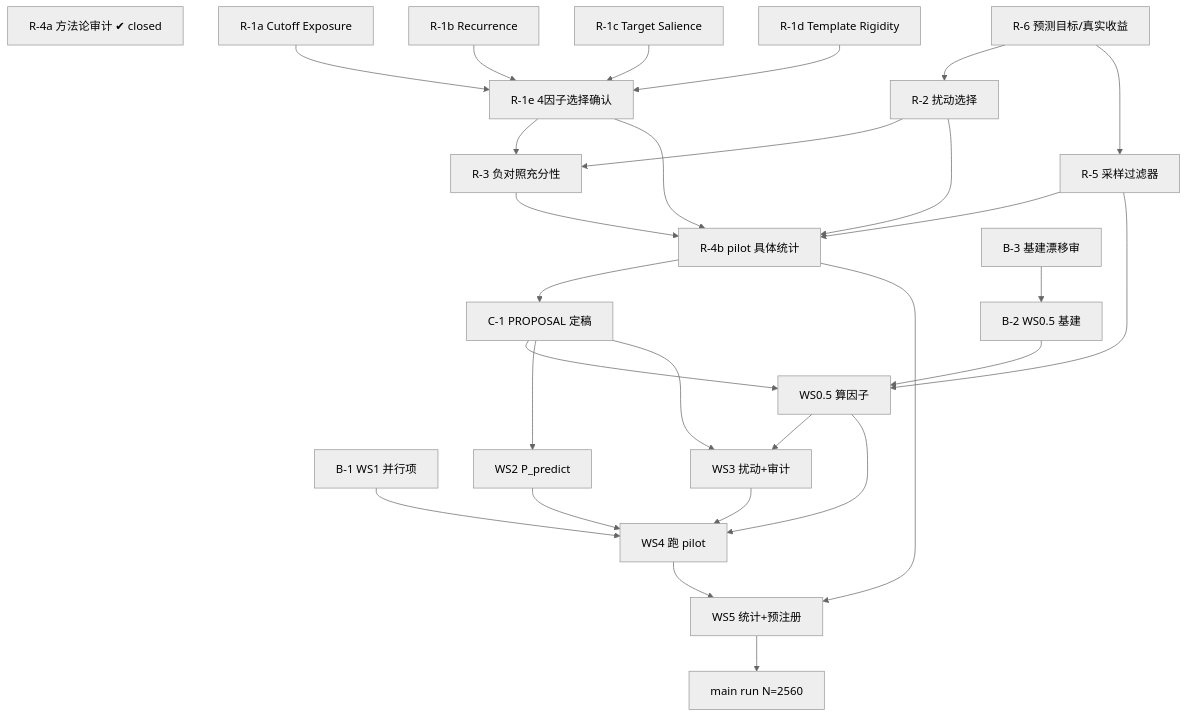
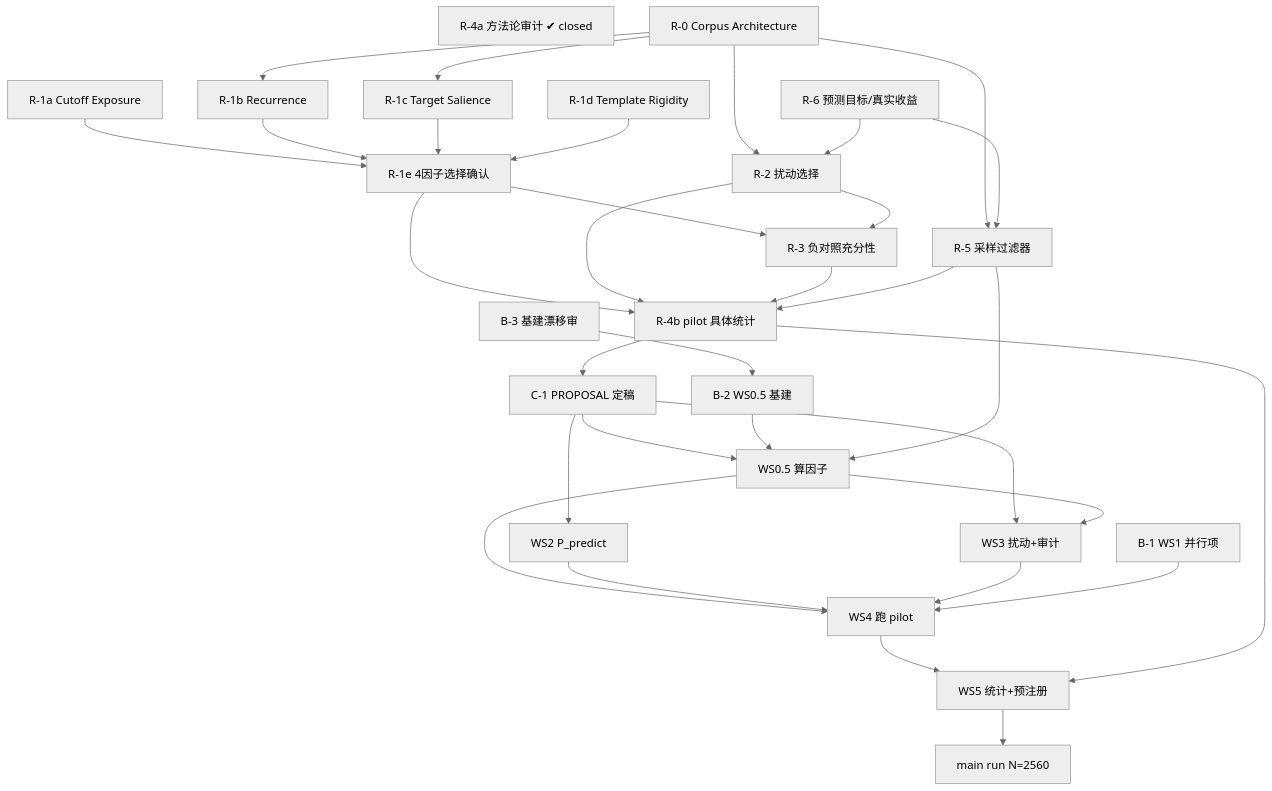
The diagram in plans/worktable.md (HDLiter/LLM-Leakage-Test), drawn with Mermaid (neutral theme) before and after one commit. The commit also changed other lines of this file and 2 other files, not shown here.

Commit message:
Add R-0 Corpus Architecture upstream of R-1b/c/R-5/R-2; deliver Codex Pass A whiteboard

````diff
--- a/plans/worktable.md
+++ b/plans/worktable.md
@@ -164,52 +165,57 @@
 ```mermaid
 flowchart TD
     R4a["R-4a 方法论审计 ✔ closed"]
+    R0["R-0 Corpus Architecture"]
     R6["R-6 预测目标/真实收益"]
     R1a["R-1a Cutoff Exposure"]
     R1b["R-1b Recurrence"]
     R1c["R-1c Target Salience"]
     R1d["R-1d Template Rigidity"]
     R1e["R-1e 4因子选择确认"]
     R2["R-2 扰动选择"]
     R5["R-5 采样过滤器"]
     R3["R-3 负对照充分性"]
     R4b["R-4b pilot 具体统计"]
     B3["B-3 基建漂移审"]
     B2["B-2 WS0.5 基建"]
     B1["B-1 WS1 并行项"]
     C1["C-1 PROPOSAL 定稿"]
     WS05["WS0.5 算因子"]
     WS2["WS2 P_predict"]
     WS3["WS3 扰动+审计"]
     WS4["WS4 跑 pilot"]
     WS5["WS5 统计+预注册"]
     MAIN["main run N=2560"]
 
+    R0 --> R1b
+    R0 --> R1c
+    R0 --> R2
+    R0 --> R5
     R1a --> R1e
     R1b --> R1e
     R1c --> R1e
     R1d --> R1e
     R6 --> R2
     R6 --> R5
     R1e --> R3
     R2 --> R3
     R1e --> R4b
     R2 --> R4b
     R3 --> R4b
     R5 --> R4b
     B3 --> B2
     R4b --> C1
     C1 --> WS05
     C1 --> WS2
     C1 --> WS3
     B2 --> WS05
     R5 --> WS05
     WS05 --> WS3
     WS05 --> WS4
     WS2 --> WS4
     WS3 --> WS4
     B1 --> WS4
     WS4 --> WS5
     R4b --> WS5
     WS5 --> MAIN
 ```
````
